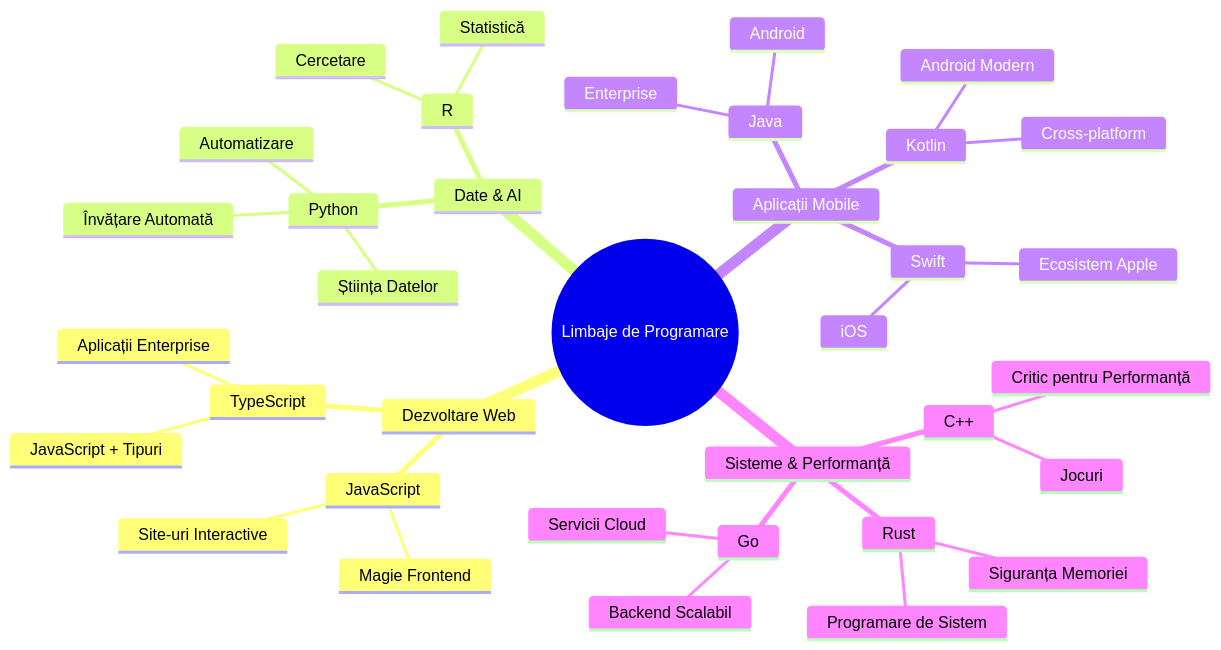
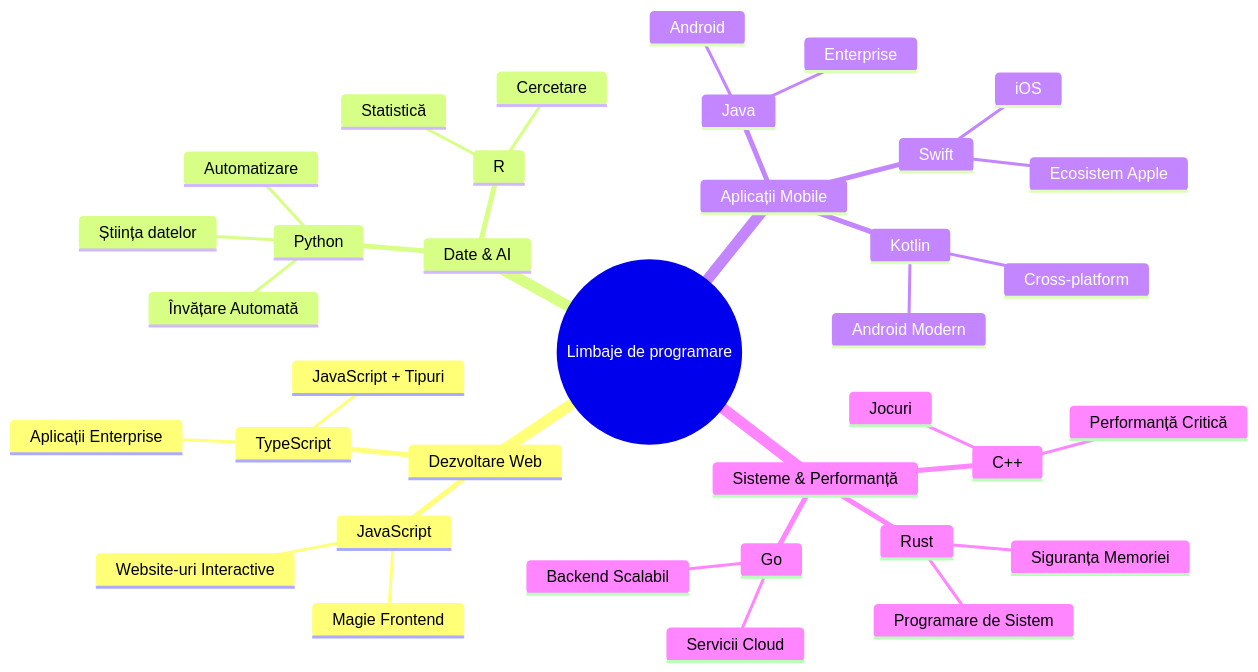
Before and after one commit to microsoft/Web-Dev-For-Beginners: the second of 7 diagrams in translations/ro/1-getting-started-lessons/1-intro-to-programming-languages/README.md, drawn with Mermaid. The commit also changed other lines of this file and 11 other files, not shown here.

````diff
--- a/translations/ro/1-getting-started-lessons/1-intro-to-programming-languages/README.md
+++ b/translations/ro/1-getting-started-lessons/1-intro-to-programming-languages/README.md
@@ -85,39 +85,39 @@
 ```mermaid
 mindmap
-  root((Limbaje de Programare))
+  root((Limbaje de programare))
     Dezvoltare Web
       JavaScript
         Magie Frontend
-        Site-uri Interactive
+        Website-uri Interactive
       TypeScript
         JavaScript + Tipuri
         Aplicații Enterprise
     Date & AI
       Python
-        Știința Datelor
+        Știința datelor
         Învățare Automată
         Automatizare
       R
         Statistică
         Cercetare
     Aplicații Mobile
       Java
         Android
         Enterprise
       Swift
         iOS
         Ecosistem Apple
       Kotlin
         Android Modern
         Cross-platform
     Sisteme & Performanță
       C++
         Jocuri
-        Critic pentru Performanță
+        Performanță Critică
       Rust
         Siguranța Memoriei
         Programare de Sistem
       Go
         Servicii Cloud
         Backend Scalabil
 ```
````
